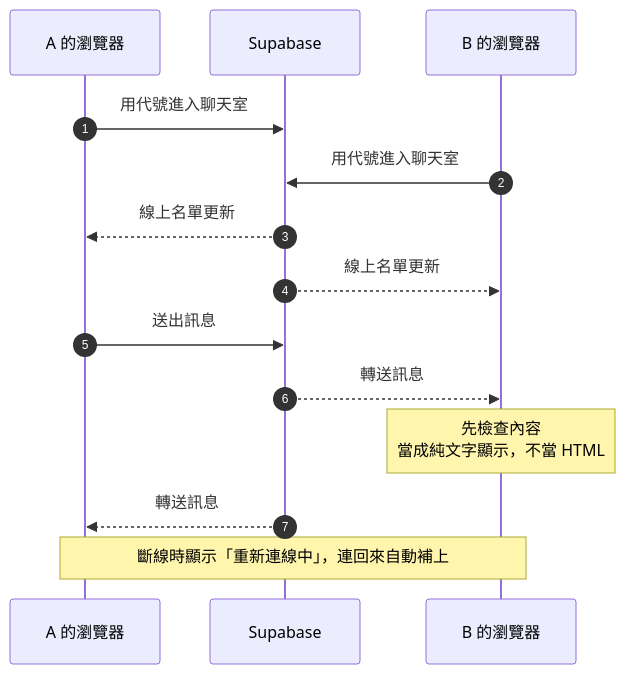
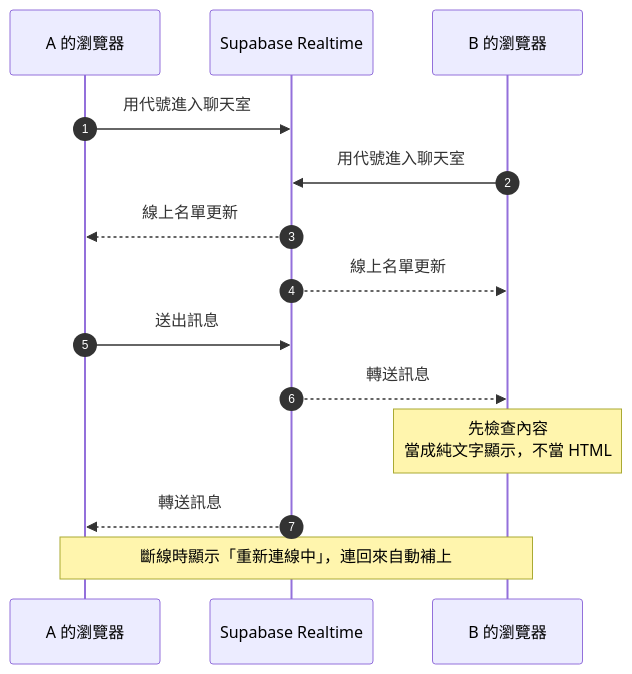
Before and after one commit to samsonchen/ai_workshop_assets: the fourth of 6 diagrams in chapter_3/README.md, drawn with Mermaid. The commit also changed other lines of this file, not shown here.

First line of the commit message:
Chapter 3 README: add Supabase roles diagram, plain-tone wording

````diff
--- a/chapter_3/README.md
+++ b/chapter_3/README.md
@@ -84,17 +118,17 @@
 ```mermaid
 sequenceDiagram
     autonumber
     participant A as A 的瀏覽器
-    participant S as Supabase
+    participant S as Supabase Realtime
     participant B as B 的瀏覽器
 
     A->>S: 用代號進入聊天室
     B->>S: 用代號進入聊天室
     S-->>A: 線上名單更新
     S-->>B: 線上名單更新
     A->>S: 送出訊息
     S-->>B: 轉送訊息
     Note over B: 先檢查內容<br/>當成純文字顯示，不當 HTML
     S-->>A: 轉送訊息
     Note over A,B: 斷線時顯示「重新連線中」，連回來自動補上
 ```
````
